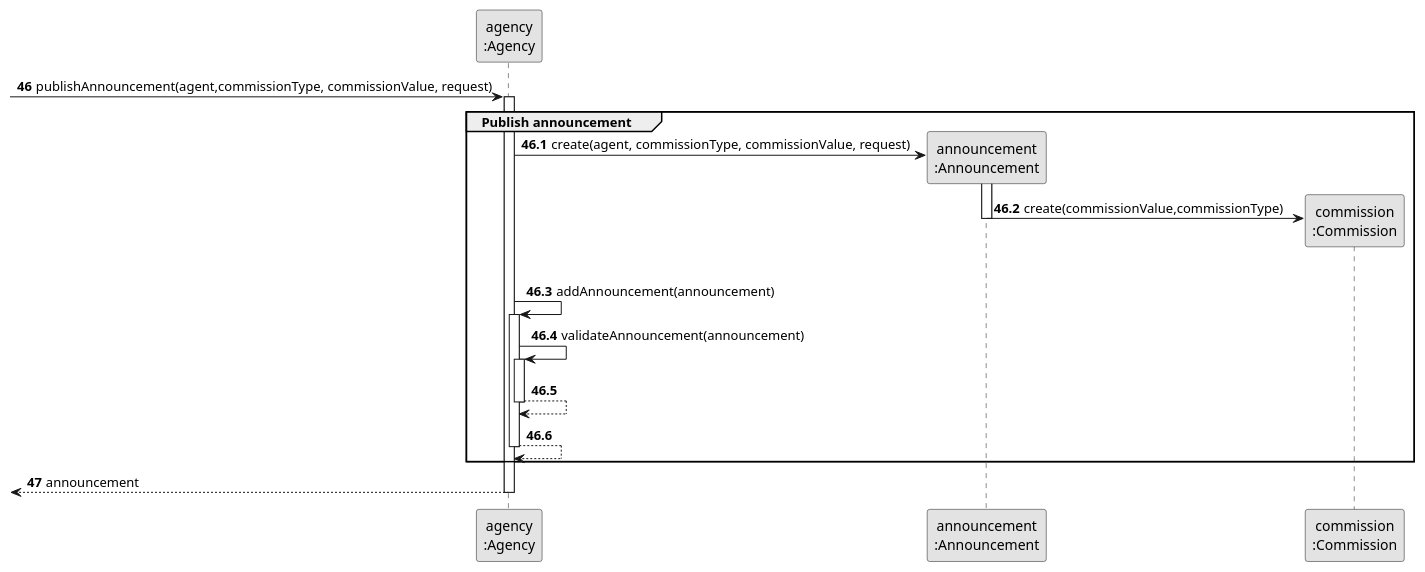
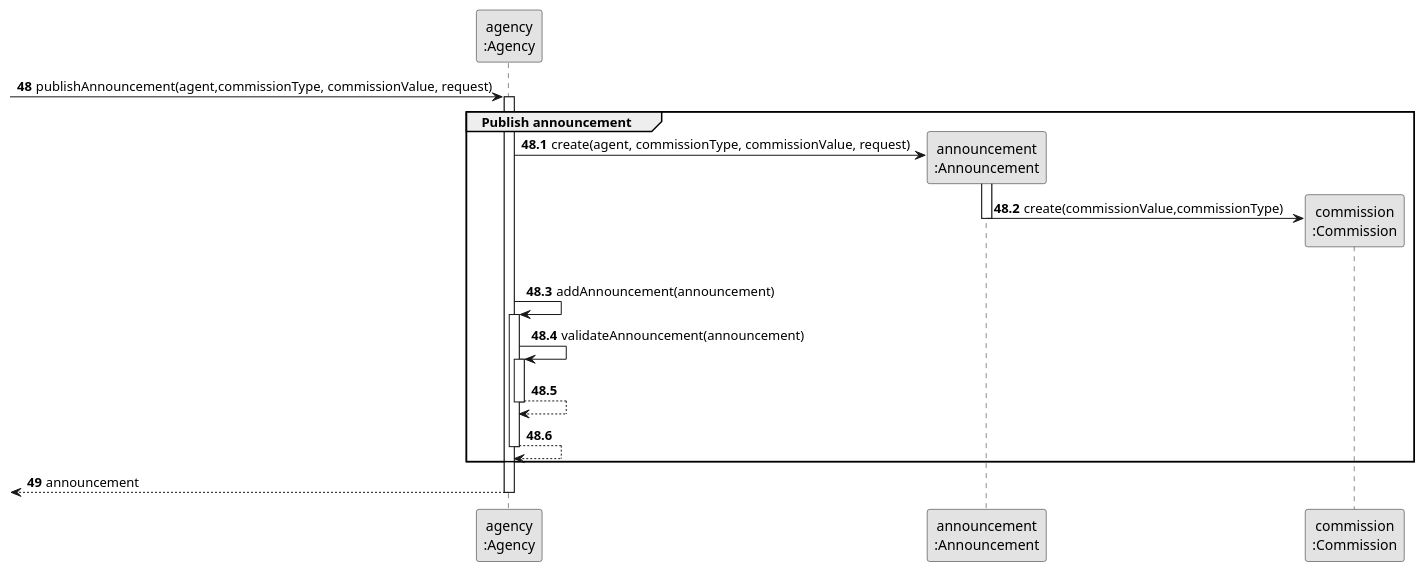
The diagram in docs/sprintD/us008/03.design/puml/us008-sequence-diagram-partial-publish-announcement.puml (rita-barbosa/LAPR2-2223), drawn with PlantUML before and after one commit. The commit also changed 17 other files, not shown here.

Commit message:
Update Sequence Diagram (split & partials) & Class Diagram + SVG's [US008][Design]

```diff
--- a/docs/sprintD/us008/03.design/puml/us008-sequence-diagram-partial-publish-announcement.puml
+++ b/docs/sprintD/us008/03.design/puml/us008-sequence-diagram-partial-publish-announcement.puml
@@ -1,48 +1,48 @@
 @startuml
 skinparam monochrome true
 skinparam packageStyle rectangle
 skinparam shadowing false
 
 participant "agency\n:Agency" as AGENCY
 participant "announcement\n:Announcement" as AD
 participant "commission\n:Commission" as COMMISSION
 
-autonumber 46
+autonumber 48
 
              -> AGENCY : publishAnnouncement(agent,commissionType, commissionValue, request)
              activate AGENCY
 
-autonumber 46.1
+autonumber 48.1
 
     group Publish announcement
 
 
                 AGENCY -> AD**: create(agent, commissionType, commissionValue, request)
                 activate AD
 
                 AD -> COMMISSION** : create(commissionValue,commissionType)
 
                 |||
                 deactivate AD
 
                 AGENCY -> AGENCY: addAnnouncement(announcement)
 
                 activate AGENCY
                     AGENCY -> AGENCY: validateAnnouncement(announcement)
                     activate AGENCY
                         AGENCY --> AGENCY
                     deactivate AGENCY
 
                     AGENCY --> AGENCY
 
             deactivate  AGENCY
     end
 
-autonumber 47
+autonumber 49
 
     <-- AGENCY : announcement
     deactivate AGENCY
 
 
 
 @enduml
```
